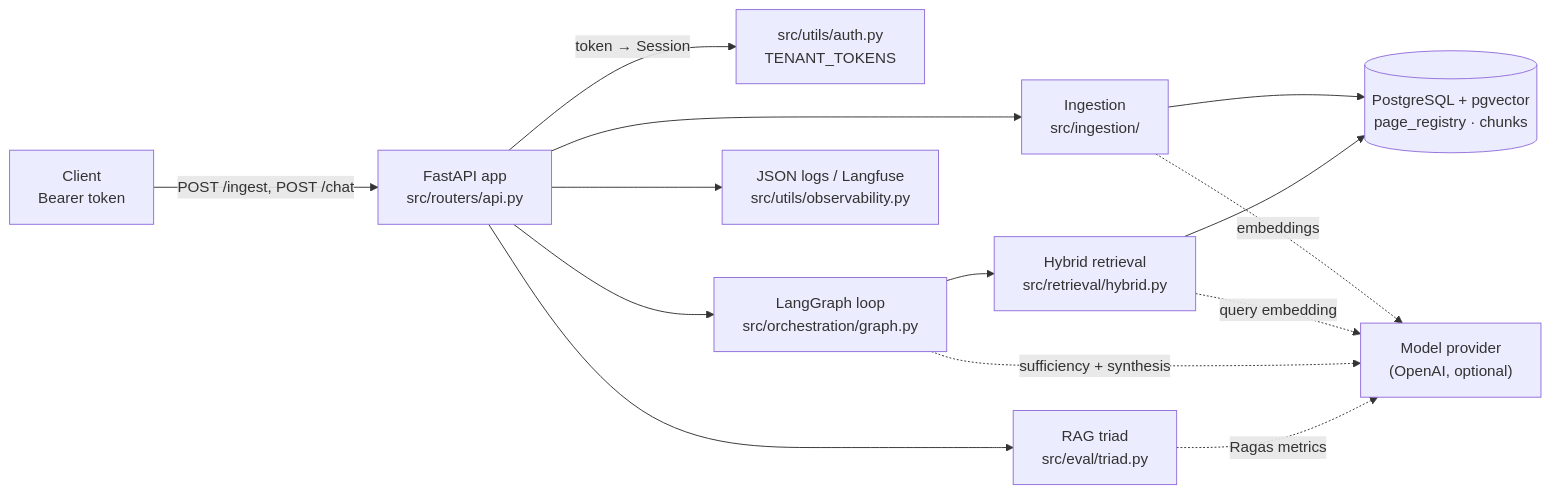
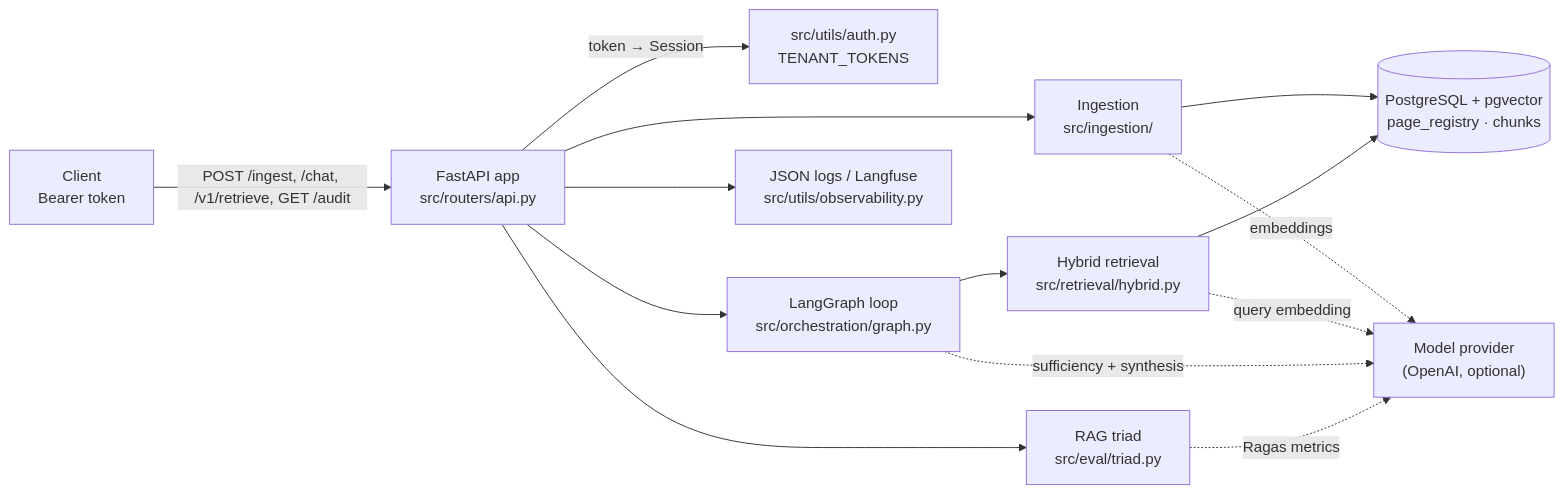
Before and after one commit to jayakumar-devaraj/demo-rag: the first of 4 diagrams in docs/architecture.md, drawn with Mermaid. The commit also changed other lines of this file and 6 other files, not shown here.

````diff
--- a/docs/architecture.md
+++ b/docs/architecture.md
@@ -12,14 +12,14 @@
 ```mermaid
 flowchart LR
-    U["Client<br/>Bearer token"] -->|POST /ingest, POST /chat| API["FastAPI app<br/>src/routers/api.py"]
+    U["Client<br/>Bearer token"] -->|"POST /ingest, /chat, /v1/retrieve, GET /audit"| API["FastAPI app<br/>src/routers/api.py"]
     API -->|token → Session| AUTH["src/utils/auth.py<br/>TENANT_TOKENS"]
     API --> ING["Ingestion<br/>src/ingestion/"]
     API --> G["LangGraph loop<br/>src/orchestration/graph.py"]
     ING --> DB[("PostgreSQL + pgvector<br/>page_registry · chunks")]
     G --> R["Hybrid retrieval<br/>src/retrieval/hybrid.py"] --> DB
     ING -. embeddings .-> P["Model provider<br/>(OpenAI, optional)"]
     R -. query embedding .-> P
     G -. sufficiency + synthesis .-> P
     API --> EV["RAG triad<br/>src/eval/triad.py"] -. Ragas metrics .-> P
     API --> LOG["JSON logs / Langfuse<br/>src/utils/observability.py"]
 ```
````
